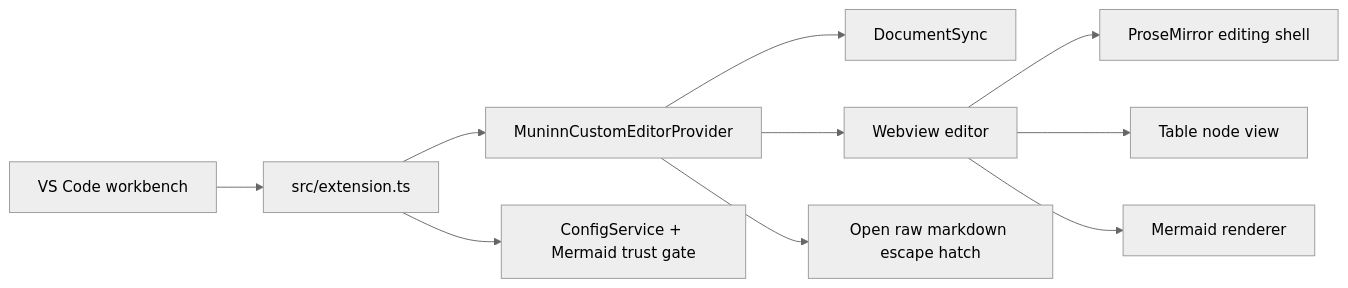
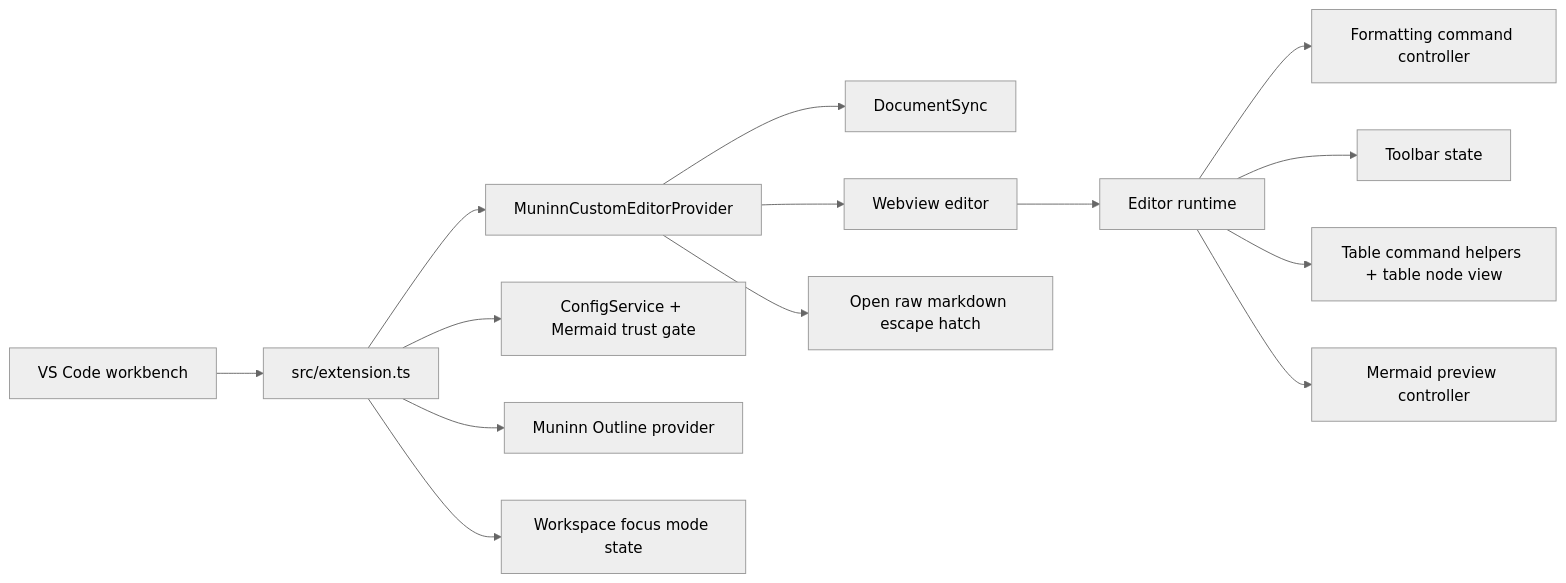
Before and after one commit to bluecloud-dev/markdown-preview: the diagram in docs/ARCHITECTURE.md, drawn with Mermaid (neutral theme). The commit also changed other lines of this file and 44 other files, not shown here.

````diff
--- a/docs/ARCHITECTURE.md
+++ b/docs/ARCHITECTURE.md
@@ -7,12 +7,16 @@
 ```mermaid
 flowchart LR
   A["VS Code workbench"] --> B["src/extension.ts"]
   B --> C["MuninnCustomEditorProvider"]
   B --> D["ConfigService + Mermaid trust gate"]
+  B --> K["Muninn Outline provider"]
+  B --> L["Workspace focus mode state"]
   C --> E["DocumentSync"]
   C --> F["Webview editor"]
-  F --> G["ProseMirror editing shell"]
-  F --> H["Table node view"]
-  F --> I["Mermaid renderer"]
+  F --> G["Editor runtime"]
+  G --> H["Formatting command controller"]
+  G --> I["Toolbar state"]
+  G --> M["Table command helpers + table node view"]
+  G --> N["Mermaid preview controller"]
   C --> J["Open raw markdown escape hatch"]
 ```
````
